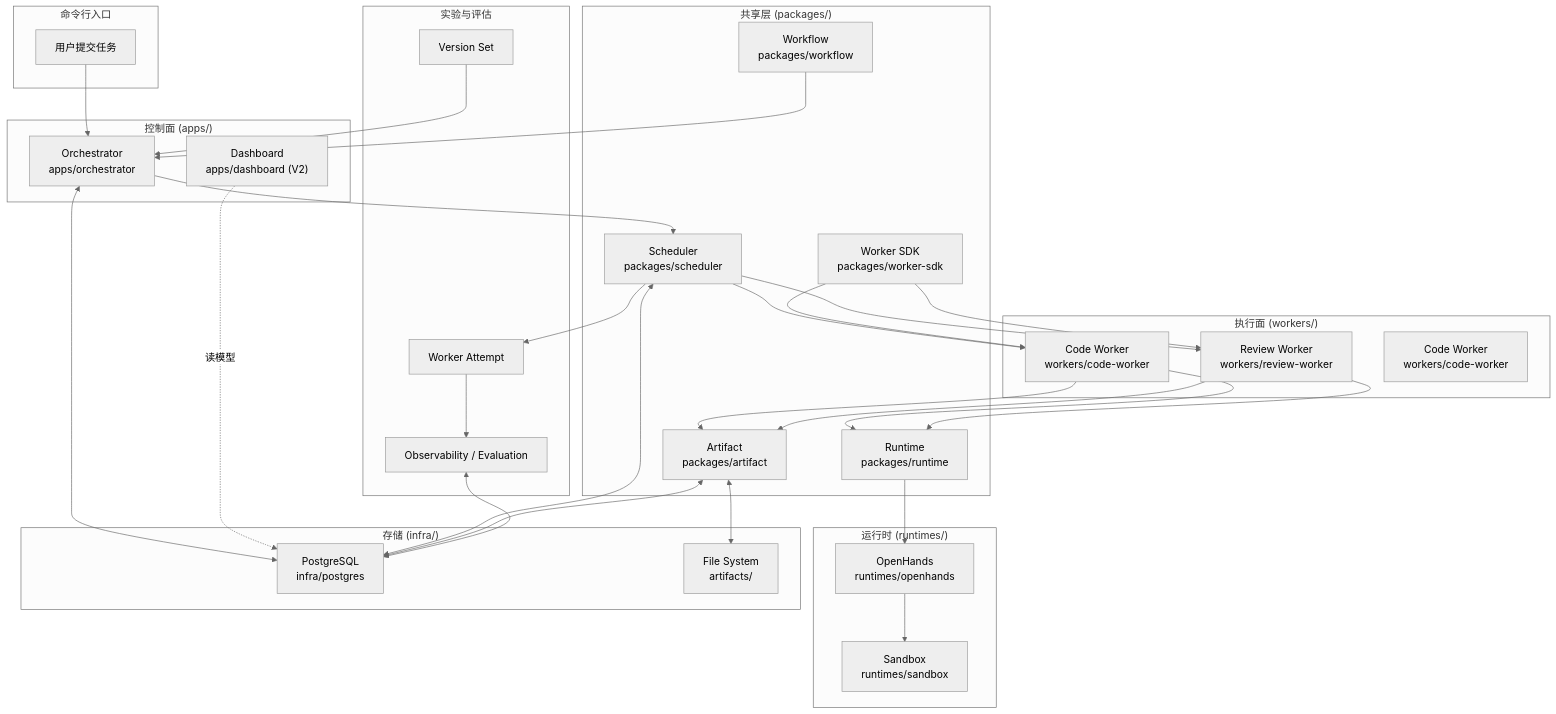
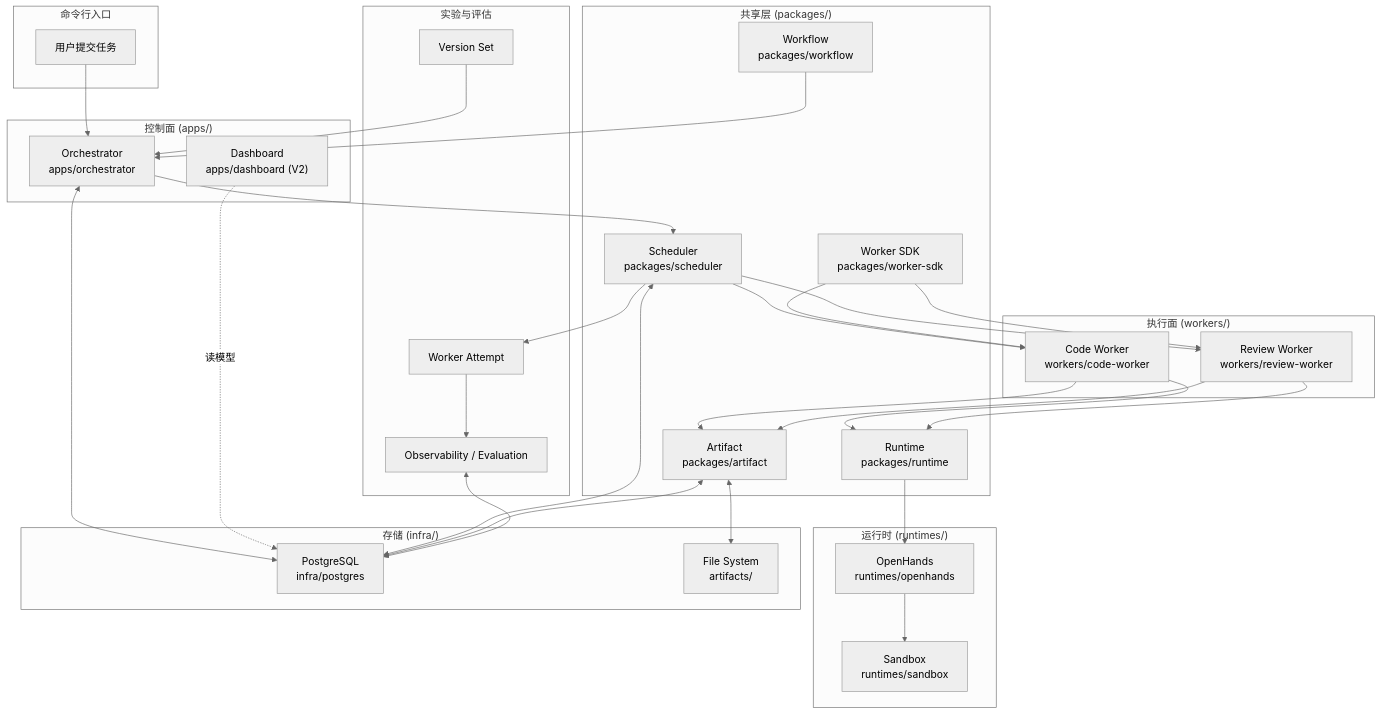
The second of 3 diagrams in ARCHITECTURE.md (YoungerYang-Y/ai-sdlc-platform), drawn with Mermaid (neutral theme) before and after one commit. The commit also changed other lines of this file and 1 other file, not shown here.

Commit message:
fix(docs): 消除架构图重复 Worker 节点，统一命名规范一致性

````diff
--- a/ARCHITECTURE.md
+++ b/ARCHITECTURE.md
@@ -122,68 +122,67 @@
 ```mermaid
 flowchart TB
     subgraph CLI["命令行入口"]
         USER["用户提交任务"]
     end
 
     subgraph Control["控制面 (apps/)"]
         O["Orchestrator<br/>apps/orchestrator"]
         DASH["Dashboard<br/>apps/dashboard (V2)"]
     end
 
     subgraph Shared["共享层 (packages/)"]
         S["Scheduler<br/>packages/scheduler"]
         SDK["Worker SDK<br/>packages/worker-sdk"]
         WF["Workflow<br/>packages/workflow"]
         A["Artifact<br/>packages/artifact"]
         R["Runtime<br/>packages/runtime"]
     end
 
     subgraph Workers["执行面 (workers/)"]
         CW["Code Worker<br/>workers/code-worker"]
         RW["Review Worker<br/>workers/review-worker"]
-        CLW["Code Worker<br/>workers/code-worker"]
     end
 
     subgraph Experiment["实验与评估"]
         VS["Version Set"]
         ATT["Worker Attempt"]
         OBS["Observability / Evaluation"]
     end
 
     subgraph Runtime["运行时 (runtimes/)"]
         OH["OpenHands<br/>runtimes/openhands"]
         SB["Sandbox<br/>runtimes/sandbox"]
     end
 
     subgraph Storage["存储 (infra/)"]
         DB["PostgreSQL<br/>infra/postgres"]
         FS["File System<br/>artifacts/"]
     end
 
     USER --> O
     VS --> O
     WF --> O
     O --> S
     O <--> DB
     DASH -.->|"读模型"| DB
     
     S <--> DB
     S --> CW
     S --> RW
     S --> ATT
     
     SDK --> CW
     SDK --> RW
     
     CW --> R
     RW --> R
     R --> OH
     OH --> SB
     
     CW --> A
     RW --> A
     ATT --> OBS
     A <--> DB
     A <--> FS
     OBS <--> DB
 ```
````
